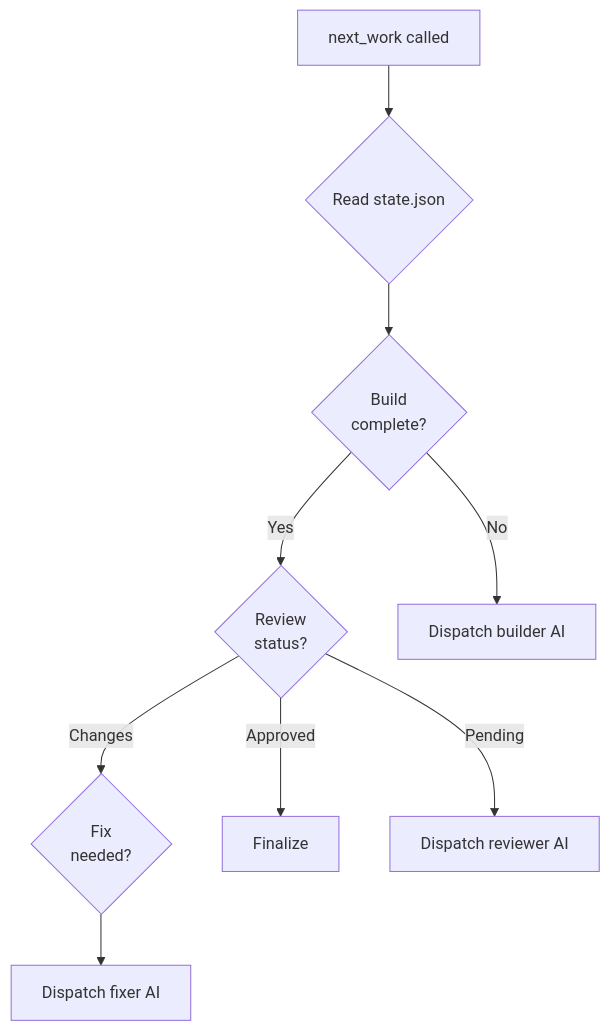
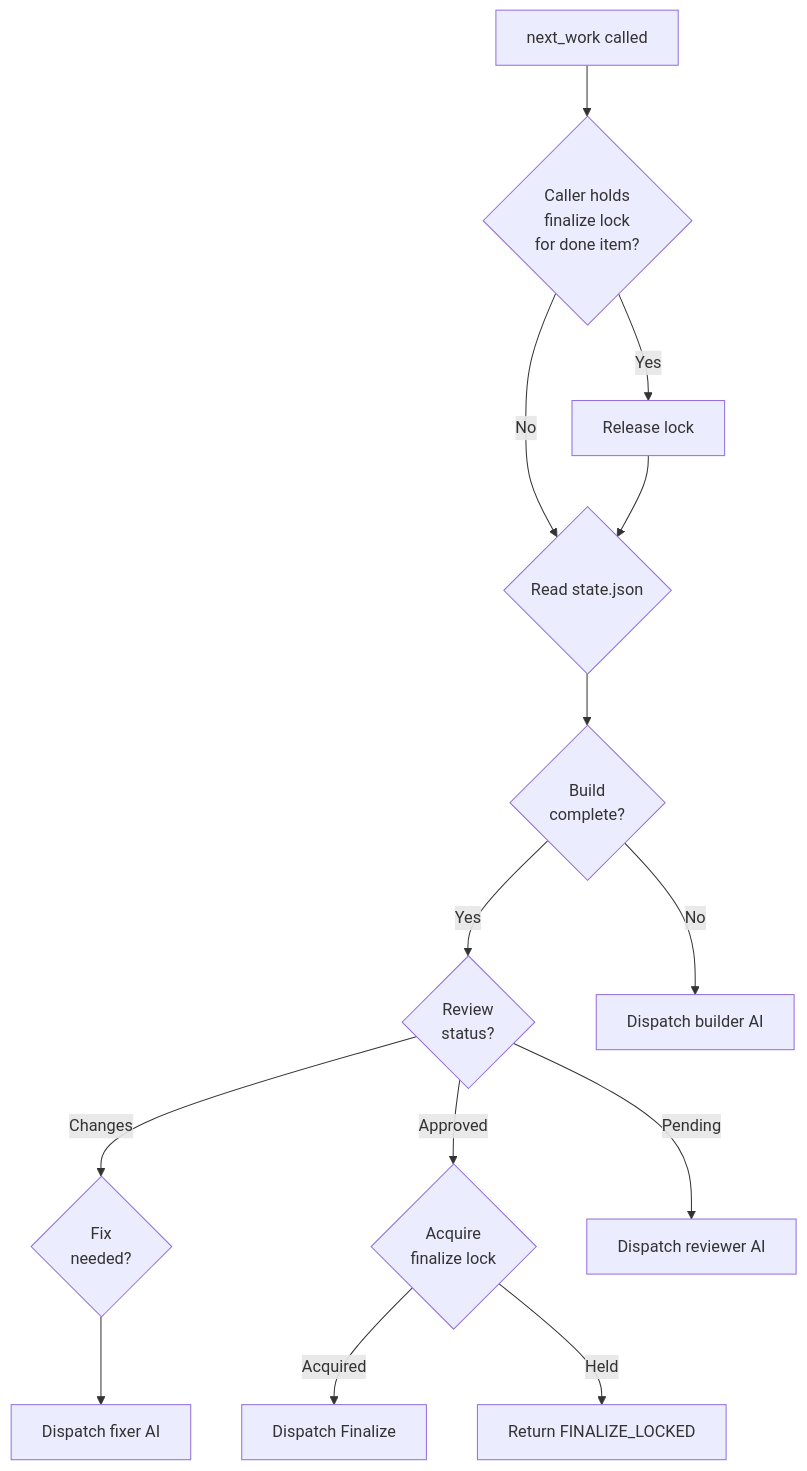
One commit to InstruktAI/TeleClaude changed the third of 4 diagrams in docs/project/design/architecture/next-machine.md. Above: the diagram before and after it, drawn with Mermaid. The commit also changed other lines of this file and 2 other files, not shown here.

Commit message:
docs: update snippets for git wrapper and finalize lock
- version-control-safety: document git wrapper enforcement layer
- next-machine: add finalize lock invariant, flow diagram, and failure modes
- session-lifecycle: add finalize lock release to cleanup flow

````diff
--- a/docs/project/design/architecture/next-machine.md
+++ b/docs/project/design/architecture/next-machine.md
@@ -86,18 +87,25 @@
 ```mermaid
 flowchart TD
     Start[next_work called]
+    ReleaseLock{Caller holds<br/>finalize lock<br/>for done item?}
     CheckState{Read state.json}
     Build{Build<br/>complete?}
     Review{Review<br/>status?}
     Fix{Fix<br/>needed?}
-    Finalize[Finalize]
+    AcquireLock{Acquire<br/>finalize lock}
+    Finalize[Dispatch Finalize]
 
-    Start --> CheckState
+    Start --> ReleaseLock
+    ReleaseLock -->|Yes| Release[Release lock]
+    ReleaseLock -->|No| CheckState
+    Release --> CheckState
     CheckState --> Build
     Build -->|No| DispatchBuilder[Dispatch builder AI]
     Build -->|Yes| Review
     Review -->|Pending| DispatchReviewer[Dispatch reviewer AI]
     Review -->|Changes| Fix
-    Review -->|Approved| Finalize
+    Review -->|Approved| AcquireLock
+    AcquireLock -->|Acquired| Finalize
+    AcquireLock -->|Held| LOCKED[Return FINALIZE_LOCKED]
     Fix --> DispatchFixer[Dispatch fixer AI]
 ```
````
